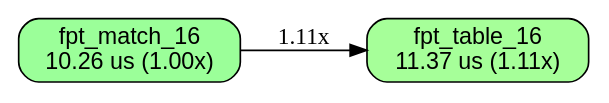
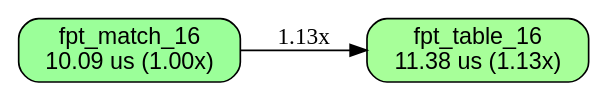
One commit to orgrinrt/hilavitkutin changed the diagram in docs/BENCHES.fnptr_table_dispatch.fnptr_table_dispatch_n16384.macos-aarch64-c8-bare-apple.dot. Above: the diagram before and after it, drawn with Graphviz. The commit also changed 318 other files, not shown here.

```diff
--- a/docs/BENCHES.fnptr_table_dispatch.fnptr_table_dispatch_n16384.macos-aarch64-c8-bare-apple.dot
+++ b/docs/BENCHES.fnptr_table_dispatch.fnptr_table_dispatch_n16384.macos-aarch64-c8-bare-apple.dot
@@ -1,14 +1,14 @@
 // AUTO-GENERATED: DO NOT EDIT DIRECTLY
 //
 // Generated by: mockspace (mock)
-// Generated at: 2026-11-15T14:25:41Z
+// Generated at: 2026-11-22T21:16:18Z
 // Source: mock/
 // To regenerate: cargo mock
 
 digraph "fnptr_table_dispatch/fnptr_table_dispatch_n16384 on macos-aarch64-c8-bare-apple" {
   rankdir=LR;
   node [shape=box, style="rounded,filled", fontname="Helvetica"];
-  v0 [label="fpt_match_16\n10.26 us (1.00x)", fillcolor="0.330 0.4 1.0"];
-  v1 [label="fpt_table_16\n11.37 us (1.11x)", fillcolor="0.312 0.4 1.0"];
-  v0 -> v1 [label="1.11x"];
+  v0 [label="fpt_match_16\n10.09 us (1.00x)", fillcolor="0.330 0.4 1.0"];
+  v1 [label="fpt_table_16\n11.38 us (1.13x)", fillcolor="0.309 0.4 1.0"];
+  v0 -> v1 [label="1.13x"];
 }
```
